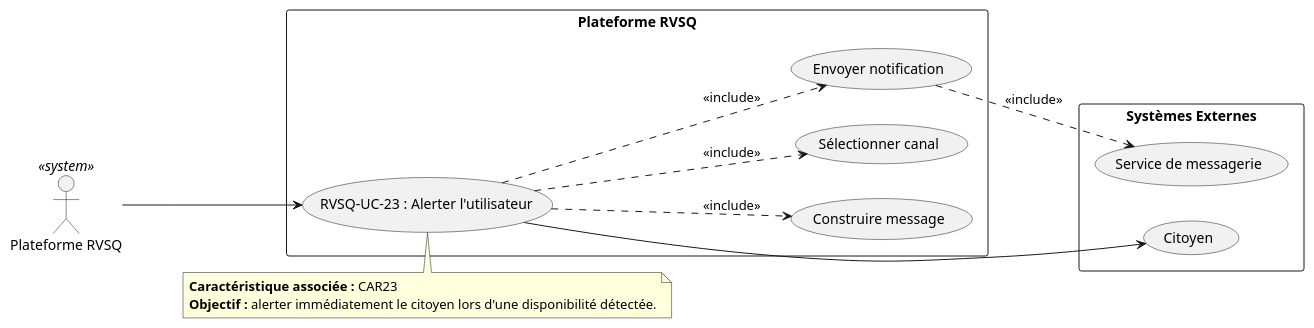
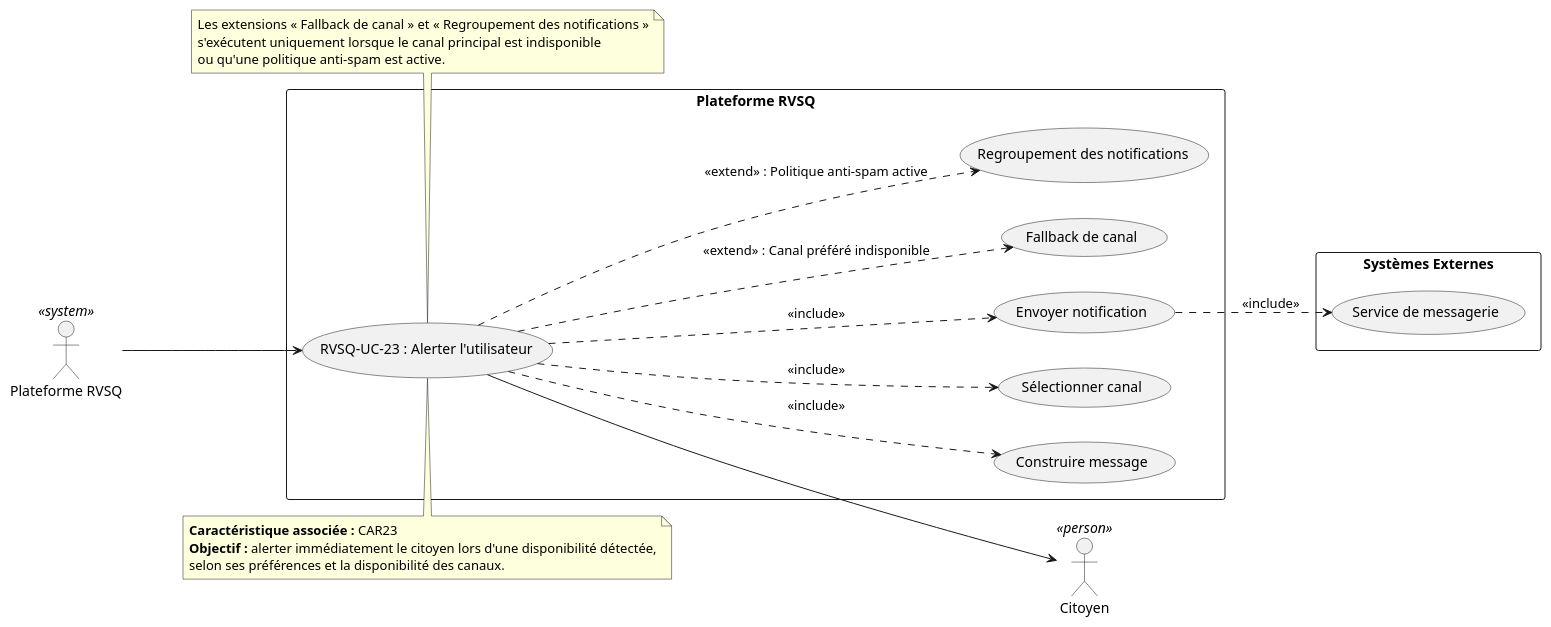
One commit to serghino/use-cases-RVSQ changed the diagram in RVSQ-UC-23_Alerter_Utilisateur_Disponibilite.puml. Above: the diagram before and after it, drawn with PlantUML. The commit also changed 23 other files, not shown here.

Commit message:
fix(B04,B06,B09): fix .md structure and add excludes when applicable to the diagrams

```diff
--- a/RVSQ-UC-23_Alerter_Utilisateur_Disponibilite.puml
+++ b/RVSQ-UC-23_Alerter_Utilisateur_Disponibilite.puml
@@ -1,29 +1,46 @@
 @startuml RVSQ-UC-23_Alerter_Utilisateur_Disponibilite
 left to right direction
 
+' --- Acteurs
 actor "Plateforme RVSQ" as RVSQActor <<system>>
+actor "Citoyen" as Citoyen <<person>>
 
 rectangle "Plateforme RVSQ" {
   usecase "RVSQ-UC-23 : Alerter l'utilisateur" as UC23
   usecase "Construire message" as UC23_A
   usecase "Sélectionner canal" as UC23_B
   usecase "Envoyer notification" as UC23_C
+  usecase "Fallback de canal" as UC23_D
+  usecase "Regroupement des notifications" as UC23_E
 }
 
 rectangle "Systèmes Externes" {
-  usecase "Citoyen" as Citoyen
   usecase "Service de messagerie" as MSG
 }
 
+' --- Relations principales
 RVSQActor --> UC23
 UC23 ..> UC23_A : <<include>>
 UC23 ..> UC23_B : <<include>>
 UC23 ..> UC23_C : <<include>>
 UC23_C ..> MSG : <<include>>
+
+' --- Interaction secondaire (réception)
 UC23 --> Citoyen
 
+' --- Extensions conditionnelles
+UC23 ..> UC23_D : <<extend>> : Canal préféré indisponible
+UC23 ..> UC23_E : <<extend>> : Politique anti-spam active
+
 note top of UC23
-  **Caractéristique associée :** CAR23  
-  **Objectif :** alerter immédiatement le citoyen lors d'une disponibilité détectée.
+  **Caractéristique associée :** CAR23
+  **Objectif :** alerter immédiatement le citoyen lors d'une disponibilité détectée,
+  selon ses préférences et la disponibilité des canaux.
+end note
+
+note bottom of UC23
+  Les extensions « Fallback de canal » et « Regroupement des notifications »
+  s'exécutent uniquement lorsque le canal principal est indisponible
+  ou qu'une politique anti-spam est active.
 end note
 @enduml
```
